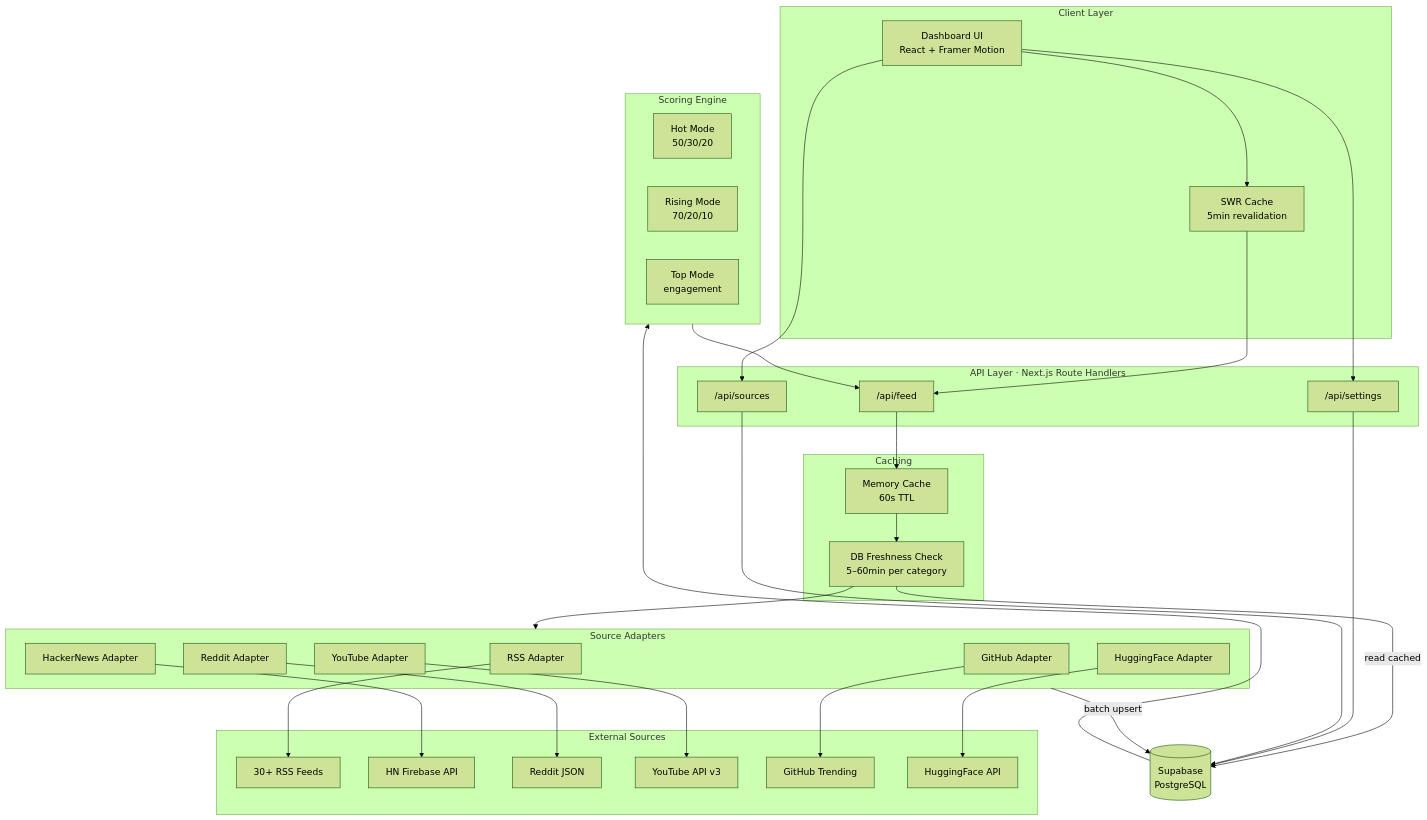
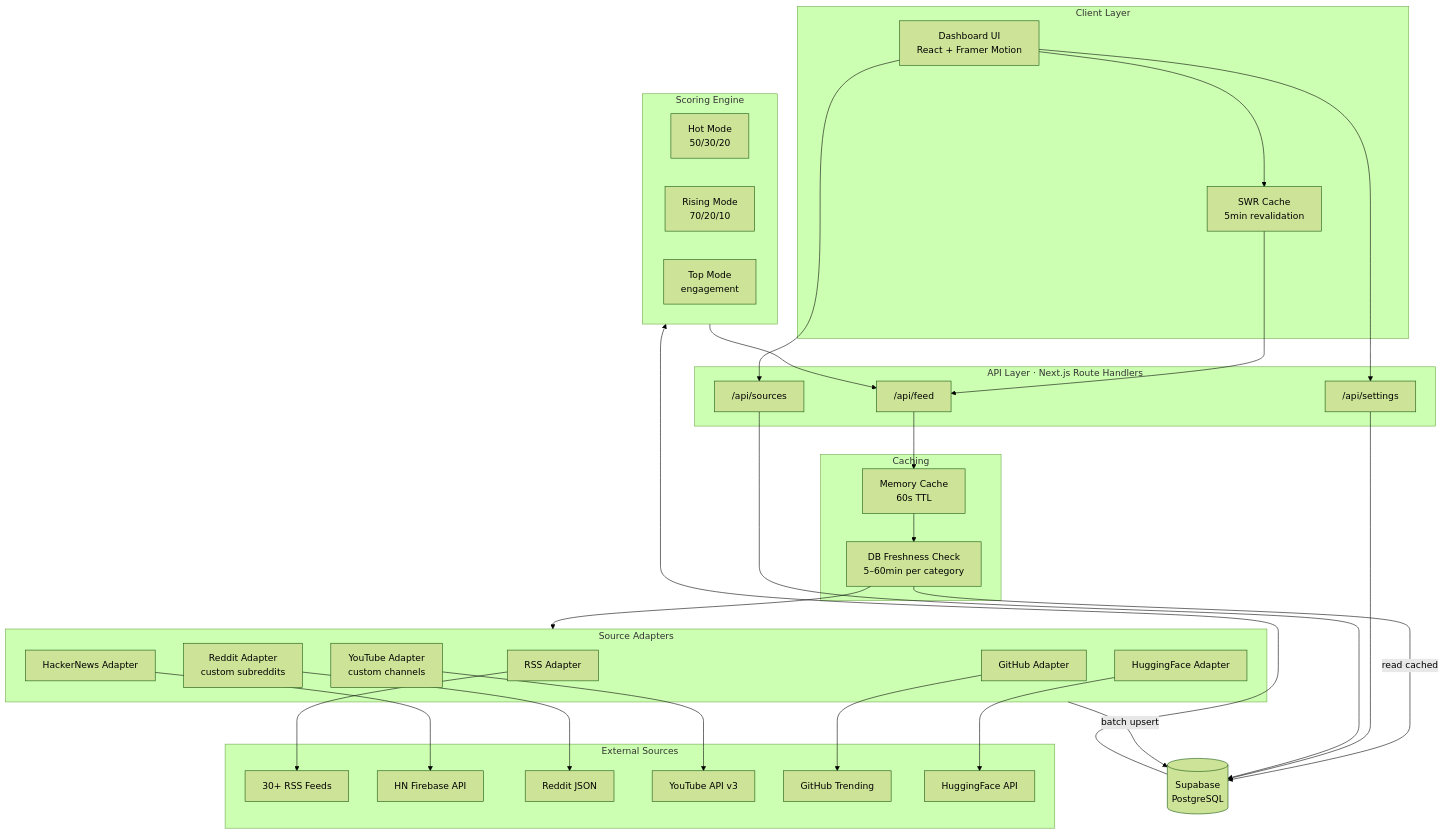
One commit to yairbederman/AI-Trends-Dashboard changed the diagram in docs/architecture.mmd. Above: the diagram before and after it, drawn with Mermaid (forest theme). The commit also changed 10 other files, not shown here.

First line of the commit message:
Add user-configurable subreddits (mirrors YouTube channels pattern)

```diff
--- a/docs/architecture.mmd
+++ b/docs/architecture.mmd
@@ -1,66 +1,66 @@
 flowchart TD
     subgraph Client["Client Layer"]
         UI[Dashboard UI<br/>React + Framer Motion]
         SWR[SWR Cache<br/>5min revalidation]
     end
 
     subgraph API["API Layer · Next.js Route Handlers"]
         Feed["/api/feed"]
         Settings["/api/settings"]
         Sources["/api/sources"]
     end
 
     subgraph Cache["Caching"]
         MemCache[Memory Cache<br/>60s TTL]
         DBCache[DB Freshness Check<br/>5–60min per category]
     end
 
     subgraph Adapters["Source Adapters"]
         RSS[RSS Adapter]
         HN[HackerNews Adapter]
-        Reddit[Reddit Adapter]
-        YT[YouTube Adapter]
+        Reddit[Reddit Adapter<br/>custom subreddits]
+        YT[YouTube Adapter<br/>custom channels]
         GH[GitHub Adapter]
         HF[HuggingFace Adapter]
     end
 
     subgraph Scoring["Scoring Engine"]
         Hot[Hot Mode<br/>50/30/20]
         Rising[Rising Mode<br/>70/20/10]
         Top[Top Mode<br/>engagement]
     end
 
     subgraph External["External Sources"]
         RSSFeeds[30+ RSS Feeds]
         HNAPI[HN Firebase API]
         RedditJSON[Reddit JSON]
         YTAPI[YouTube API v3]
         GHTrending[GitHub Trending]
         HFAPI[HuggingFace API]
     end
 
     DB[(Supabase<br/>PostgreSQL)]
 
     UI --> SWR
     SWR --> Feed
     UI --> Settings
     UI --> Sources
 
     Feed --> MemCache
     MemCache --> DBCache
     DBCache --> Adapters
 
     RSS --> RSSFeeds
     HN --> HNAPI
     Reddit --> RedditJSON
     YT --> YTAPI
     GH --> GHTrending
     HF --> HFAPI
 
     Adapters -->|batch upsert| DB
     DBCache -->|read cached| DB
     Settings --> DB
     Sources --> DB
 
     DB --> Scoring
     Scoring --> Feed
```
